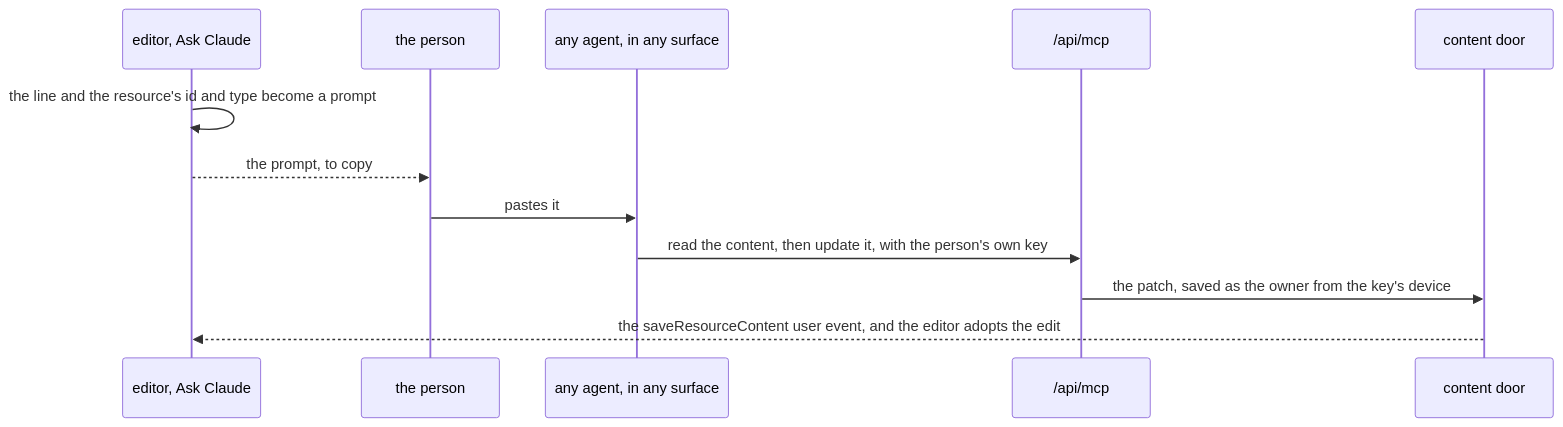
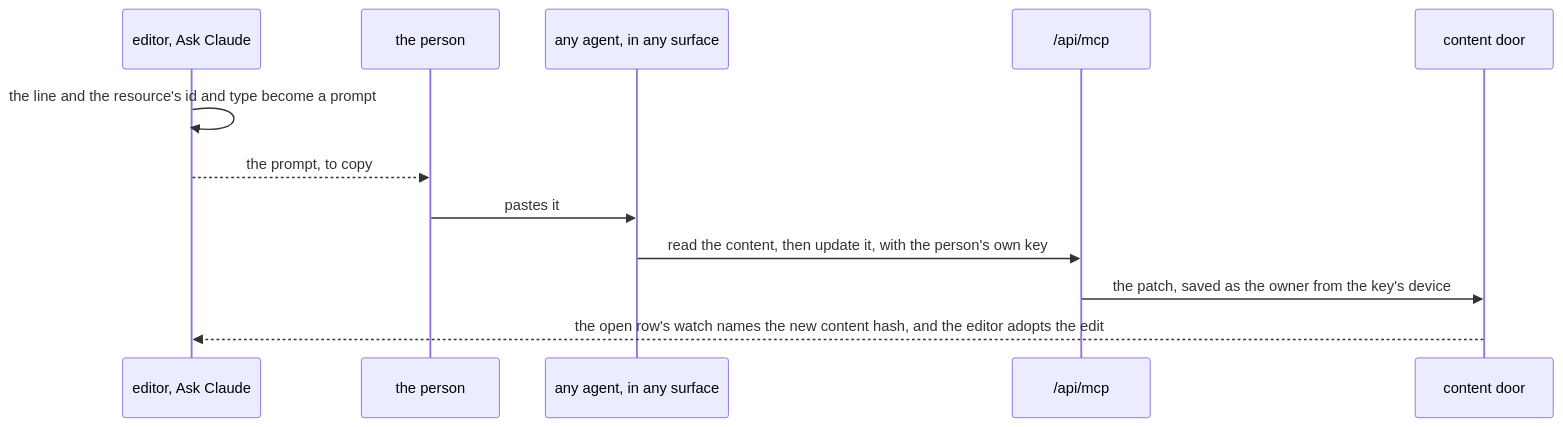
Before and after one commit to Esposter/Esposter: the diagram in openspec/specs/architecture/ai-native-resources/in-product-assistant/design.md, drawn with Mermaid. The commit also changed 11 other files, not shown here.

````diff
--- a/openspec/specs/architecture/ai-native-resources/in-product-assistant/design.md
+++ b/openspec/specs/architecture/ai-native-resources/in-product-assistant/design.md
@@ -9,14 +9,14 @@
 ```mermaid
 sequenceDiagram
   participant E as editor, Ask Claude
   participant P as the person
   participant A as any agent, in any surface
   participant M as /api/mcp
   participant D as content door
   E->>E: the line and the resource's id and type become a prompt
   E-->>P: the prompt, to copy
   P->>A: pastes it
   A->>M: read the content, then update it, with the person's own key
   M->>D: the patch, saved as the owner from the key's device
-  D-->>E: the saveResourceContent user event, and the editor adopts the edit
+  D-->>E: the open row's watch names the new content hash, and the editor adopts the edit
 ```
````
